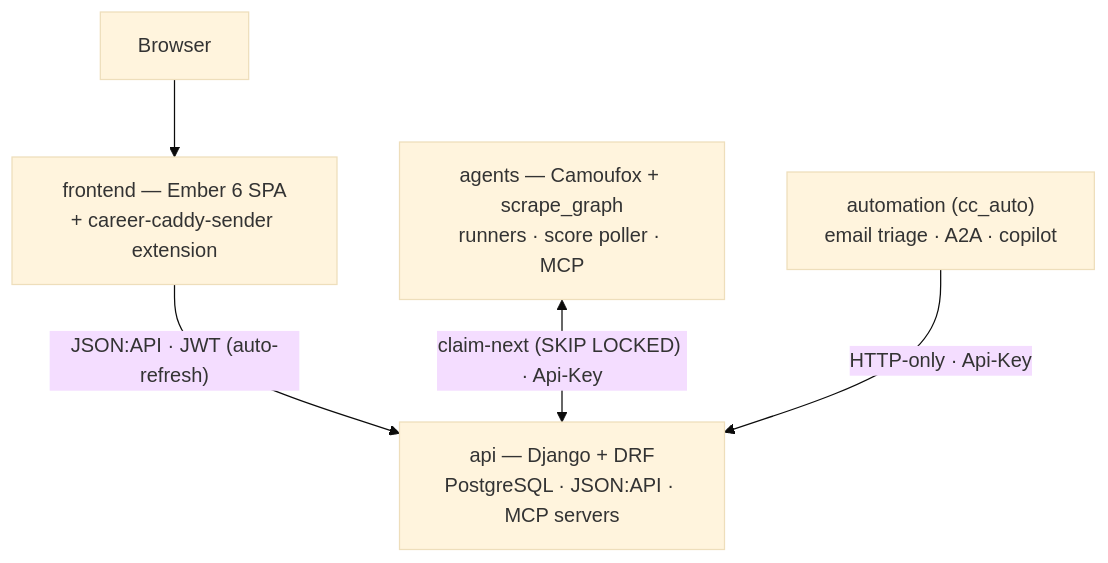
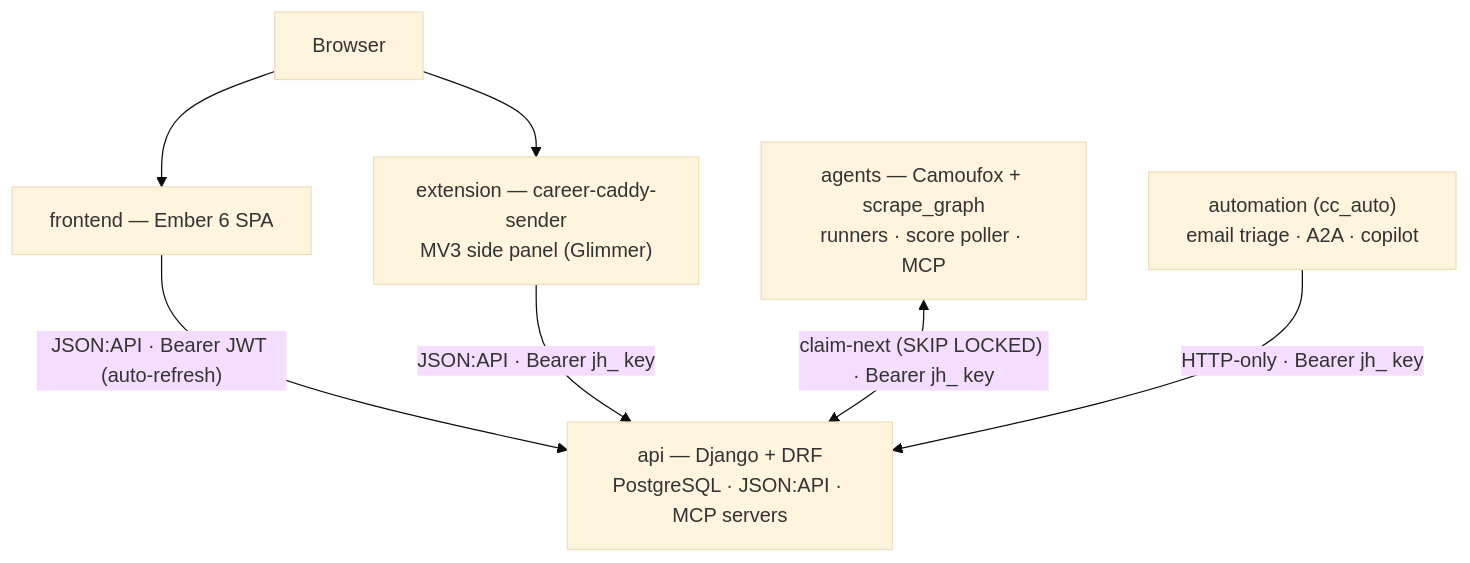
The diagram in README.md (overcast-software/career_caddy), drawn with Mermaid (base theme) before and after one commit. The commit also changed other lines of this file, not shown here.

First line of the commit message:
docs(readme): correct the architecture diagram and stale prod/layout facts

````diff
--- a/README.md
+++ b/README.md
@@ -82,7 +82,9 @@
 ```mermaid
 flowchart TD
-    Browser["Browser"] --> Frontend["frontend — Ember 6 SPA<br/>+ career-caddy-sender extension"]
-    Frontend -->|"JSON:API · JWT (auto-refresh)"| API["api — Django + DRF<br/>PostgreSQL · JSON:API · MCP servers"]
-    Agents["agents — Camoufox + scrape_graph<br/>runners · score poller · MCP"] <-->|"claim-next (SKIP LOCKED) · Api-Key"| API
-    Automation["automation (cc_auto)<br/>email triage · A2A · copilot"] -->|"HTTP-only · Api-Key"| API
+    Browser["Browser"] --> Frontend["frontend — Ember 6 SPA"]
+    Browser --> Extension["extension — career-caddy-sender<br/>MV3 side panel (Glimmer)"]
+    Frontend -->|"JSON:API · Bearer JWT (auto-refresh)"| API["api — Django + DRF<br/>PostgreSQL · JSON:API · MCP servers"]
+    Extension -->|"JSON:API · Bearer jh_ key"| API
+    Agents["agents — Camoufox + scrape_graph<br/>runners · score poller · MCP"] <-->|"claim-next (SKIP LOCKED) · Bearer jh_ key"| API
+    Automation["automation (cc_auto)<br/>email triage · A2A · copilot"] -->|"HTTP-only · Bearer jh_ key"| API
 ```
````
